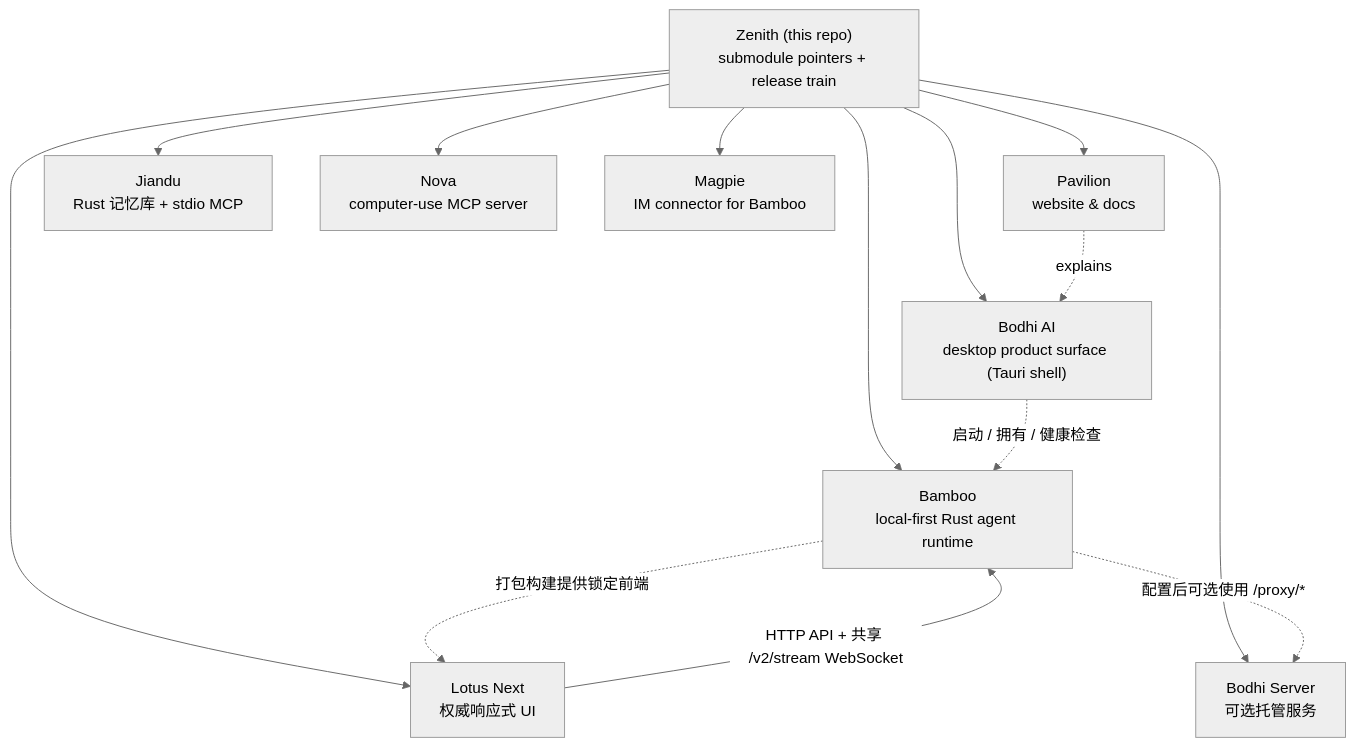
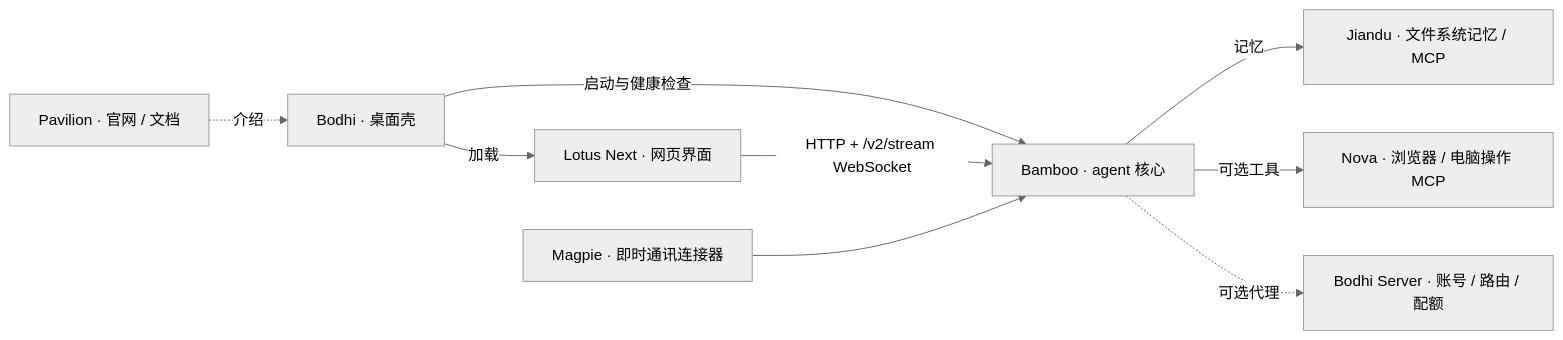
One commit to bigduu/Zenith changed the diagram in README.zh-CN.md. Above: the diagram before and after it, drawn with Mermaid (neutral theme). The commit also changed other lines of this file and 10 other files, not shown here.

Commit message:
docs: explain Zenith toolkit with verified demos and release boundaries

````diff
--- a/README.zh-CN.md
+++ b/README.zh-CN.md
@@ -41,19 +81,11 @@
 ```mermaid
-graph TD
-  Z["Zenith (this repo)<br/>submodule pointers + release train"]
-
-  Z --> B["Bodhi AI<br/>desktop product surface (Tauri shell)"]
-  Z --> R["Bamboo<br/>local-first Rust agent runtime"]
-  Z --> S["Bodhi Server<br/>可选托管服务"]
-  Z --> P["Pavilion<br/>website & docs"]
-  Z --> J["Jiandu<br/>Rust 记忆库 + stdio MCP"]
-  Z --> N["Nova<br/>computer-use MCP server"]
-  Z --> LN["Lotus Next<br/>权威响应式 UI"]
-  Z --> M["Magpie<br/>IM connector for Bamboo"]
-
-  B -. 启动 / 拥有 / 健康检查 .-> R
-  R -. 打包构建提供锁定前端 .-> LN
-  LN -->|HTTP API + 共享 /v2/stream WebSocket| R
-  R -. 配置后可选使用 /proxy/* .-> S
-  P -. explains .-> B
+graph LR
+  Bodhi["Bodhi · 桌面壳"] -->|启动与健康检查| Bamboo["Bamboo · agent 核心"]
+  Lotus["Lotus Next · 网页界面"] -->|HTTP + /v2/stream WebSocket| Bamboo
+  Bodhi -->|加载| Lotus
+  Bamboo -->|记忆| Jiandu["Jiandu · 文件系统记忆 / MCP"]
+  Bamboo -->|可选工具| Nova["Nova · 浏览器 / 电脑操作 MCP"]
+  Magpie["Magpie · 即时通讯连接器"] --> Bamboo
+  Bamboo -. 可选代理 .-> Server["Bodhi Server · 账号 / 路由 / 配额"]
+  Pavilion["Pavilion · 官网 / 文档"] -. 介绍 .-> Bodhi
 ```
````
